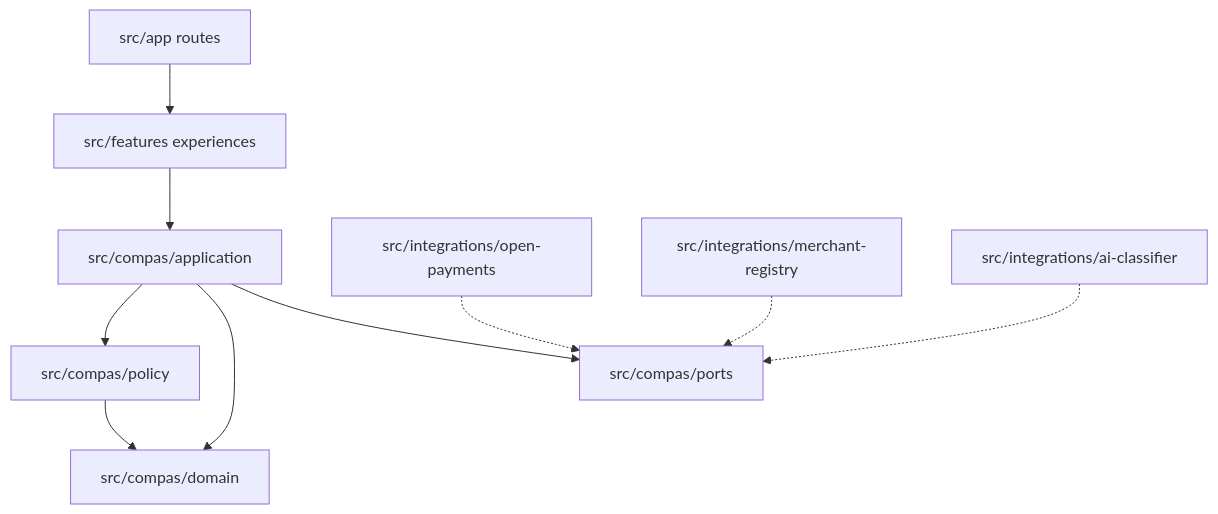
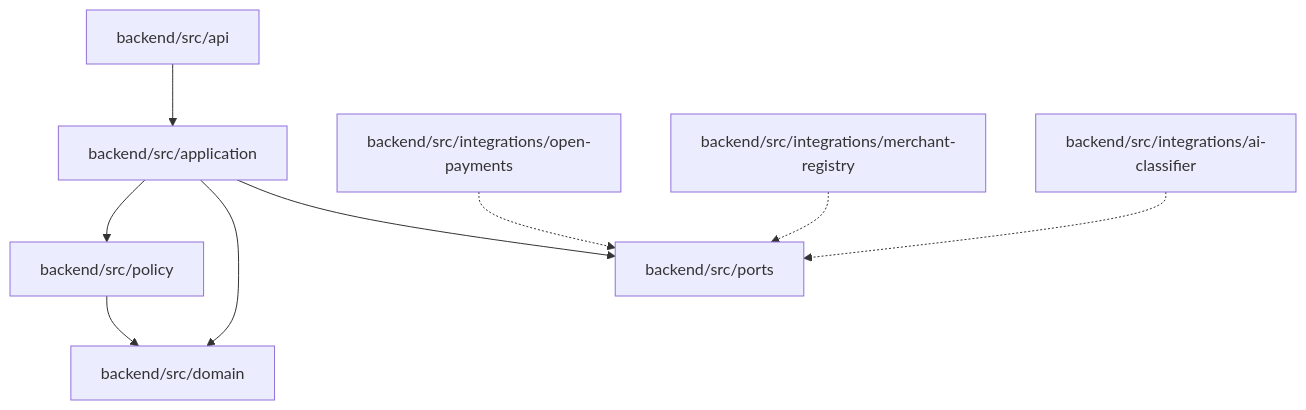
The second of 4 diagrams in docs/03-architecture.md (Juanqu261/compas-paypal), drawn with Mermaid before and after one commit. The commit also changed other lines of this file and 109 other files, not shown here.

````diff
--- a/docs/03-architecture.md
+++ b/docs/03-architecture.md
@@ -29,22 +42,20 @@
 ```mermaid
 flowchart TB
-  routes["src/app routes"]
-  features["src/features experiences"]
-  application["src/compas/application"]
-  policy["src/compas/policy"]
-  domain["src/compas/domain"]
-  ports["src/compas/ports"]
-  openPaymentsAdapter["src/integrations/open-payments"]
-  merchantAdapter["src/integrations/merchant-registry"]
-  classifierAdapter["src/integrations/ai-classifier"]
+  api["backend/src/api"]
+  application["backend/src/application"]
+  policyNode["backend/src/policy"]
+  domainNode["backend/src/domain"]
+  ports["backend/src/ports"]
+  openPaymentsAdapter["backend/src/integrations/open-payments"]
+  merchantAdapter["backend/src/integrations/merchant-registry"]
+  classifierAdapter["backend/src/integrations/ai-classifier"]
 
-  routes --> features
-  features --> application
-  application --> policy
-  application --> domain
-  policy --> domain
+  api --> application
+  application --> policyNode
+  application --> domainNode
+  policyNode --> domainNode
   application --> ports
   openPaymentsAdapter -.-> ports
   merchantAdapter -.-> ports
   classifierAdapter -.-> ports
 ```
````
